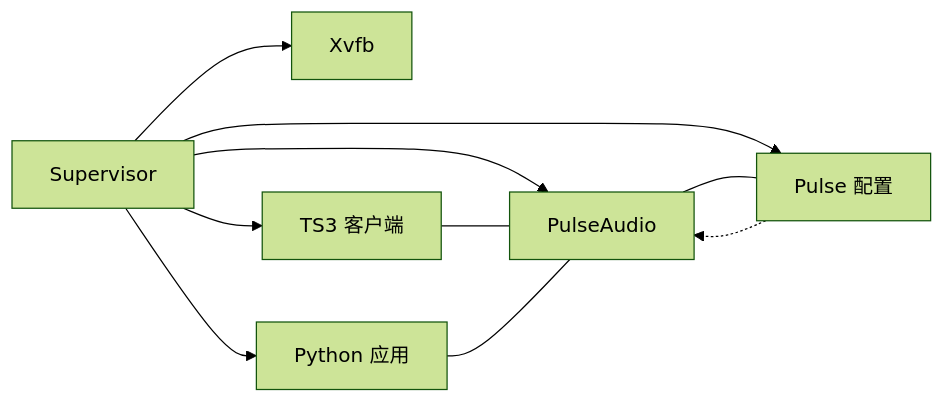
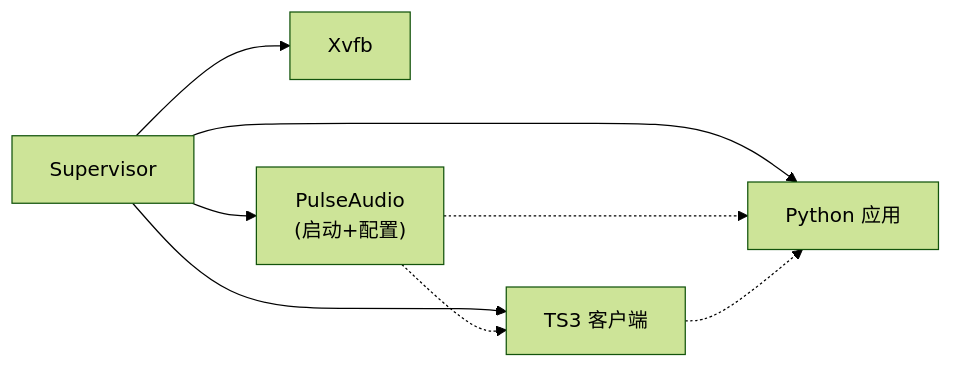
Before and after one commit to GhoulOwl/Teamspeak3_Bot: the fourth of 7 diagrams in .qoder/repowiki/zh/content/部署和运维/环境配置.md, drawn with Mermaid (forest theme). The commit also changed other lines of this file and 6 other files, not shown here.

````diff
--- a/.qoder/repowiki/zh/content/部署和运维/环境配置.md
+++ b/.qoder/repowiki/zh/content/部署和运维/环境配置.md
@@ -189,12 +192,10 @@
 ```mermaid
 graph LR
 SUP["Supervisor"] --> XVFB["Xvfb"]
-SUP --> PA["PulseAudio"]
-SUP --> PS["Pulse 配置"]
+SUP --> PA["PulseAudio<br/>(启动+配置)"]
 SUP --> TS3["TS3 客户端"]
 SUP --> BOT["Python 应用"]
-PA --- PS
-PS -.-> PA
-TS3 --- PA
-BOT --- PA
+PA -.-> TS3
+PA -.-> BOT
+TS3 -.-> BOT
 ```
````
